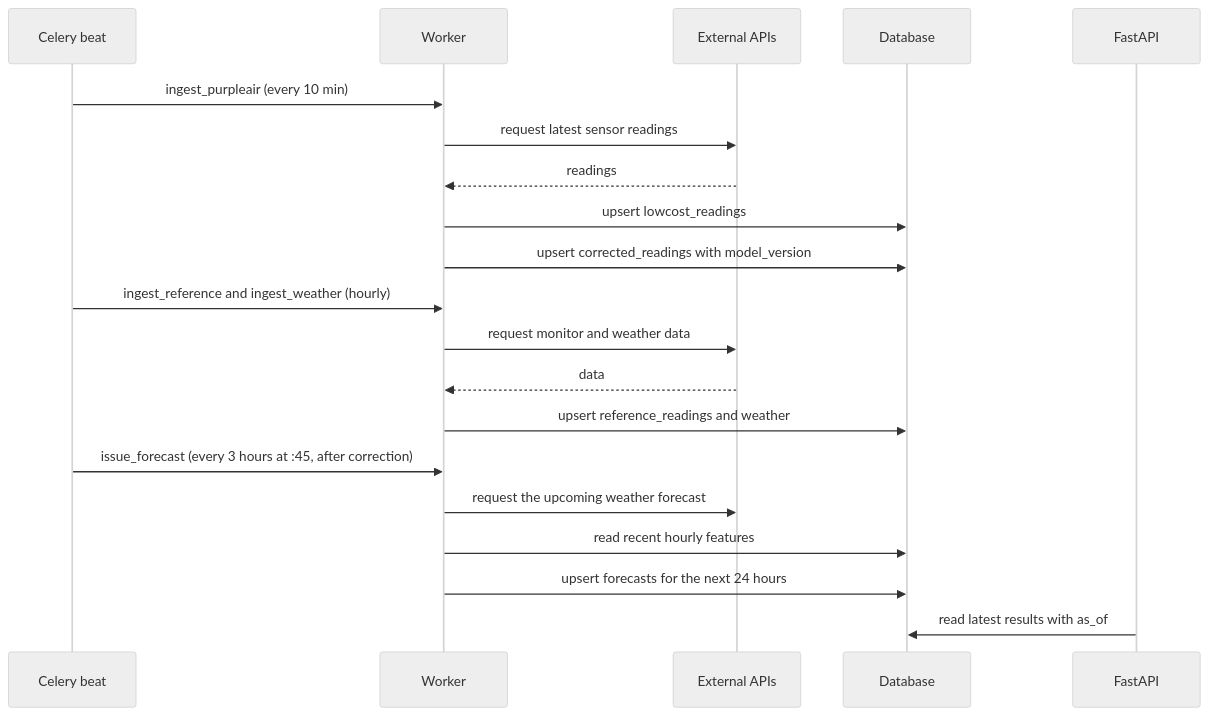
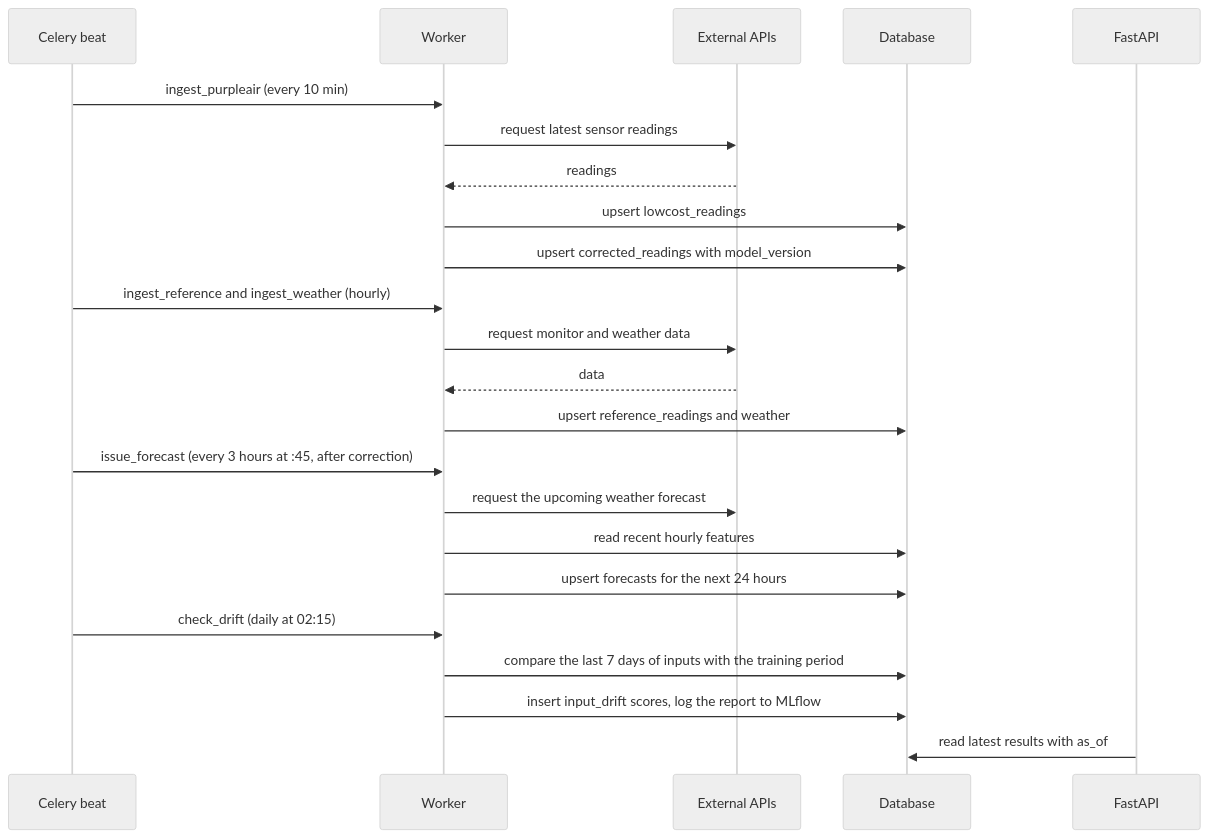
One commit to imhammad/airsight changed the second of 2 diagrams in docs/ARCHITECTURE.md. Above: the diagram before and after it, drawn with Mermaid (neutral theme). The commit also changed other lines of this file and 15 other files, not shown here.

Commit message:
feat(ml): daily input drift check (#161)

````diff
--- a/docs/ARCHITECTURE.md
+++ b/docs/ARCHITECTURE.md
@@ -71,22 +71,25 @@
 ```mermaid
 sequenceDiagram
     participant Beat as Celery beat
     participant W as Worker
     participant Src as External APIs
     participant DB as Database
     participant API as FastAPI
     Beat->>W: ingest_purpleair (every 10 min)
     W->>Src: request latest sensor readings
     Src-->>W: readings
     W->>DB: upsert lowcost_readings
     W->>DB: upsert corrected_readings with model_version
     Beat->>W: ingest_reference and ingest_weather (hourly)
     W->>Src: request monitor and weather data
     Src-->>W: data
     W->>DB: upsert reference_readings and weather
     Beat->>W: issue_forecast (every 3 hours at :45, after correction)
     W->>Src: request the upcoming weather forecast
     W->>DB: read recent hourly features
     W->>DB: upsert forecasts for the next 24 hours
+    Beat->>W: check_drift (daily at 02:15)
+    W->>DB: compare the last 7 days of inputs with the training period
+    W->>DB: insert input_drift scores, log the report to MLflow
     API->>DB: read latest results with as_of
 ```
````
